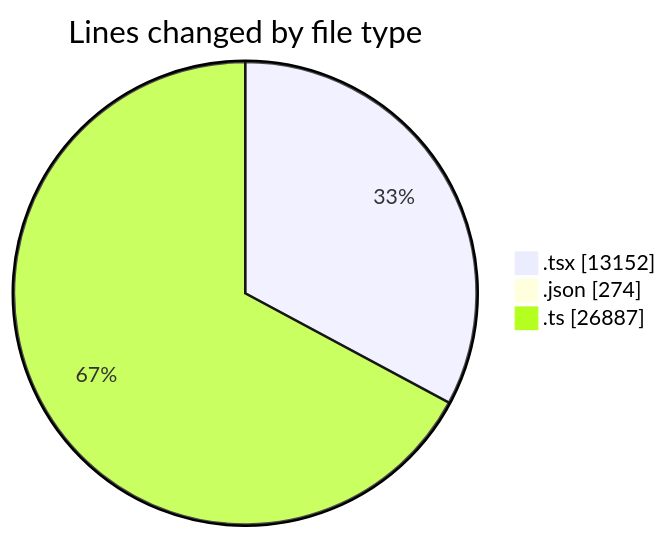
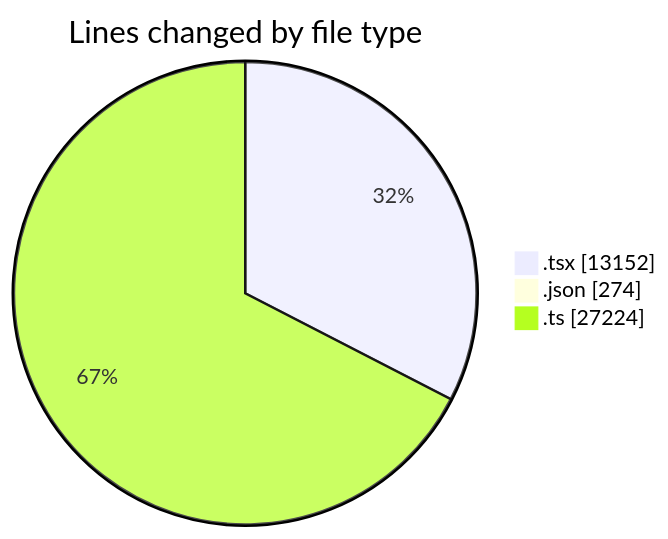
The first of 2 diagrams in 2026-11-13/broadcaster-v6-feature/README.md (momahboobian/code-tracking), drawn with Mermaid before and after one commit. The commit also changed other lines of this file and 1 other file, not shown here.

````diff
--- a/2026-11-13/broadcaster-v6-feature/README.md
+++ b/2026-11-13/broadcaster-v6-feature/README.md
@@ -74,7 +75,7 @@
 ```mermaid
 pie showData
 title Lines changed by file type
 ".tsx" : 13152
 ".json" : 274
-".ts" : 26887
+".ts" : 27224
 ```
````
